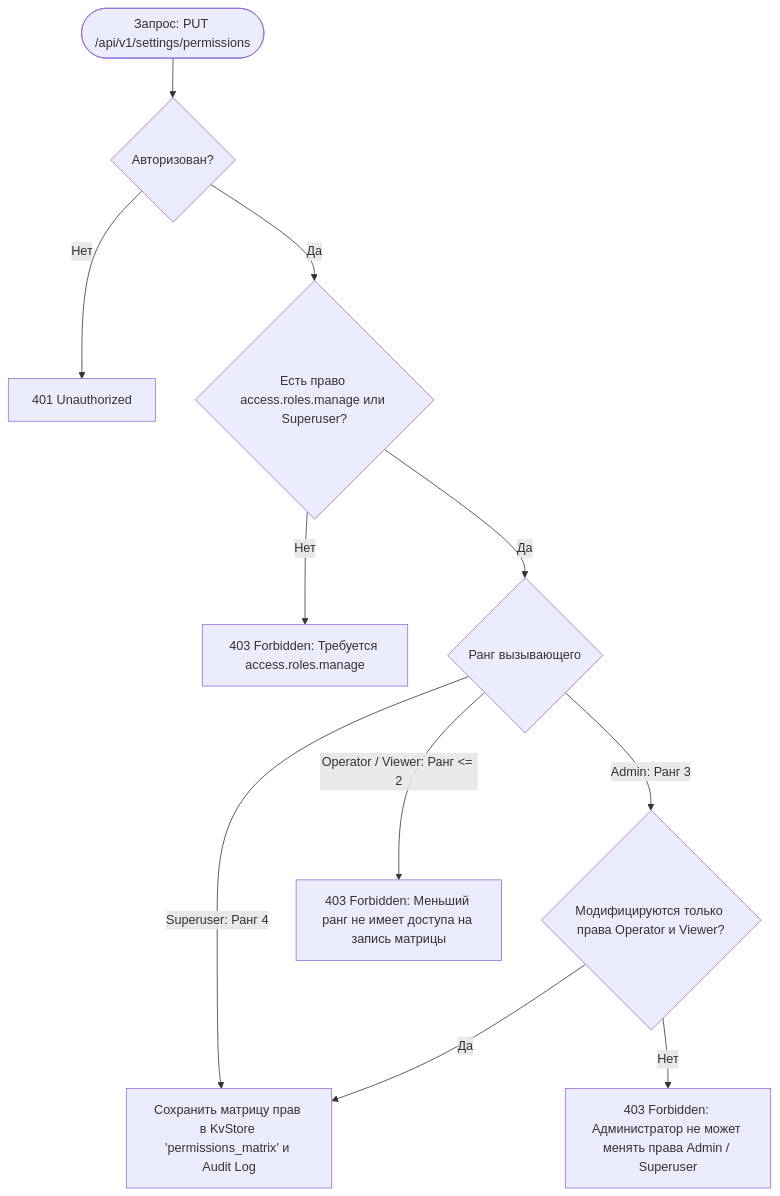
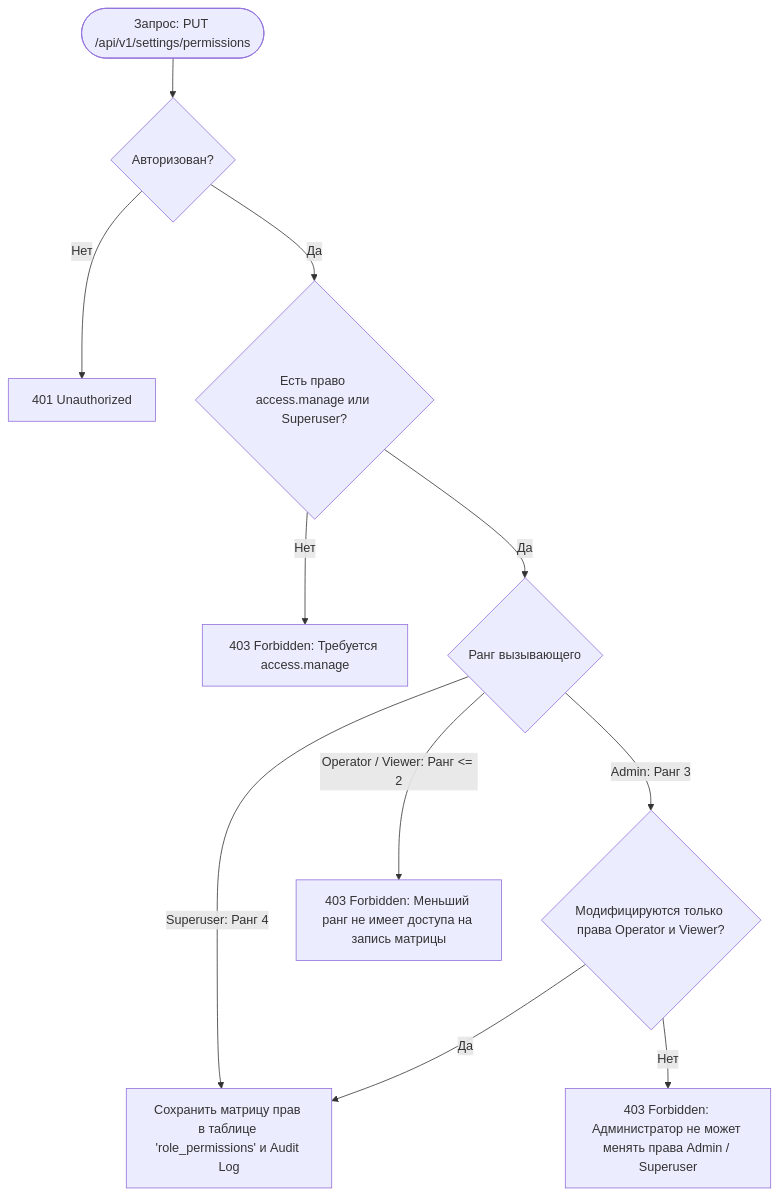
One commit to Apofixc/AetherCore changed the fourth of 4 diagrams in docs/architecture/SecurityRolesPolicy.md. Above: the diagram before and after it, drawn with Mermaid. The commit also changed other lines of this file and 9 other files, not shown here.

````diff
--- a/docs/architecture/SecurityRolesPolicy.md
+++ b/docs/architecture/SecurityRolesPolicy.md
@@ -122,14 +121,14 @@
 ```mermaid
 graph TD
     MatrixReq(["Запрос: PUT /api/v1/settings/permissions"]) --> CheckMatrixAuth{"Авторизован?"}
     CheckMatrixAuth -- "Нет" --> Err401M["401 Unauthorized"]
-    CheckMatrixAuth -- "Да" --> CheckRolesPerm{"Есть право access.roles.manage или Superuser?"}
-    CheckRolesPerm -- "Нет" --> Err403PermM["403 Forbidden: Требуется access.roles.manage"]
+    CheckMatrixAuth -- "Да" --> CheckRolesPerm{"Есть право access.manage или Superuser?"}
+    CheckRolesPerm -- "Нет" --> Err403PermM["403 Forbidden: Требуется access.manage"]
     CheckRolesPerm -- "Да" --> CheckRoleRank{"Ранг вызывающего"}
 
-    CheckRoleRank -- "Superuser: Ранг 4" --> SaveMatrix["Сохранить матрицу прав в KvStore 'permissions_matrix' и Audit Log"]
+    CheckRoleRank -- "Superuser: Ранг 4" --> SaveMatrix["Сохранить матрицу прав в таблице 'role_permissions' и Audit Log"]
     CheckRoleRank -- "Admin: Ранг 3" --> CheckAdminModifies{"Модифицируются только права Operator и Viewer?"}
     CheckAdminModifies -- "Да" --> SaveMatrix
     CheckAdminModifies -- "Нет" --> Err403Admin["403 Forbidden: Администратор не может менять права Admin / Superuser"]
     CheckRoleRank -- "Operator / Viewer: Ранг <= 2" --> Err403Low["403 Forbidden: Меньший ранг не имеет доступа на запись матрицы"]
 ```
````
